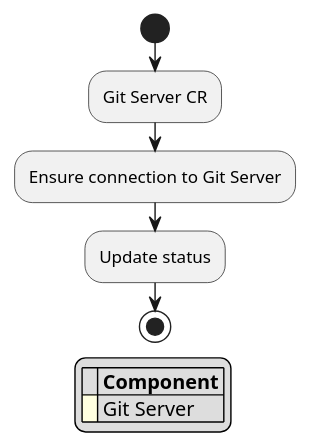
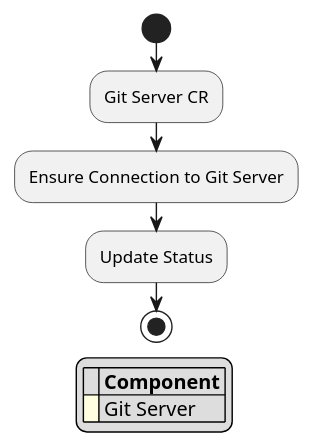
One commit to epam/edp-codebase-operator changed the diagram in documentation/puml/git_server_chain.puml. Above: the diagram before and after it, drawn with PlantUML. The commit also changed 2 other files, not shown here.

Commit message:
[ARCH] Review the Git Server Controller page

```diff
--- a/documentation/puml/git_server_chain.puml
+++ b/documentation/puml/git_server_chain.puml
@@ -1,12 +1,12 @@
 @startuml
 start
 :Git Server CR;
-:Ensure connection to Git Server;
-:Update status;
+:Ensure Connection to Git Server;
+:Update Status;
 stop
 
 legend
 |= |= Component |
 |<back:#lightyellow>   </back>| Git Server |
 endlegend
 @enduml
```
